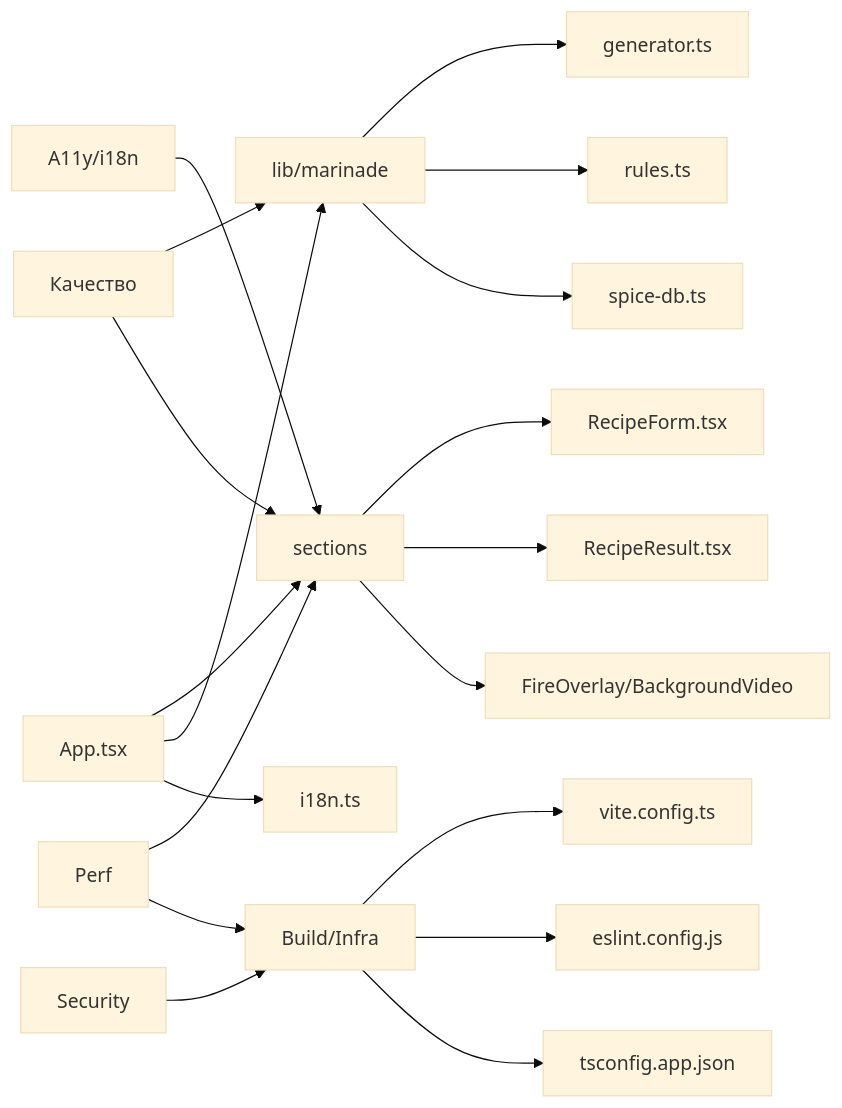
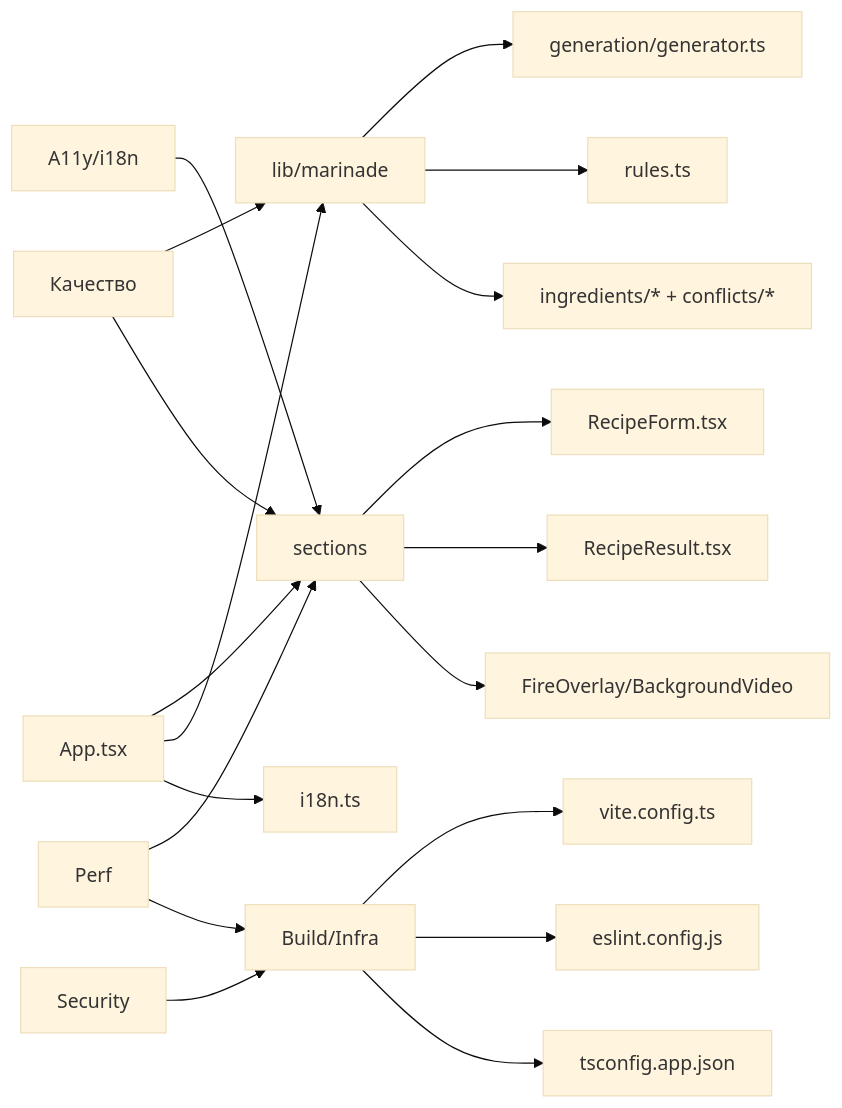
The diagram in REVIEW.md (mormolad/shashlik), drawn with Mermaid (base theme) before and after one commit. The commit also changed other lines of this file and 38 other files, not shown here.

````diff
--- a/REVIEW.md
+++ b/REVIEW.md
@@ -134,21 +134,21 @@
 ```mermaid
 flowchart LR
-  Domain[lib/marinade] --> Generator[generator.ts]
+  Domain[lib/marinade] --> Generator[generation/generator.ts]
   Domain --> Rules[rules.ts]
-  Domain --> SpiceDB[spice-db.ts]
+  Domain --> Ingredients[ingredients/* + conflicts/*]
   UI[sections] --> Form[RecipeForm.tsx]
   UI --> Result[RecipeResult.tsx]
   UI --> Overlays[FireOverlay/BackgroundVideo]
   AppTsx[App.tsx] --> UI
   AppTsx --> Domain
   AppTsx --> i18n[i18n.ts]
   Build[Build/Infra] --> Vite[vite.config.ts]
   Build --> ESLint[eslint.config.js]
   Build --> TS[tsconfig.app.json]
   Quality[Качество] --> Domain
   Quality --> UI
   A11y[A11y/i18n] --> UI
   Perf[Perf] --> UI
   Perf --> Build
   Sec[Security] --> Build
 ```
````
